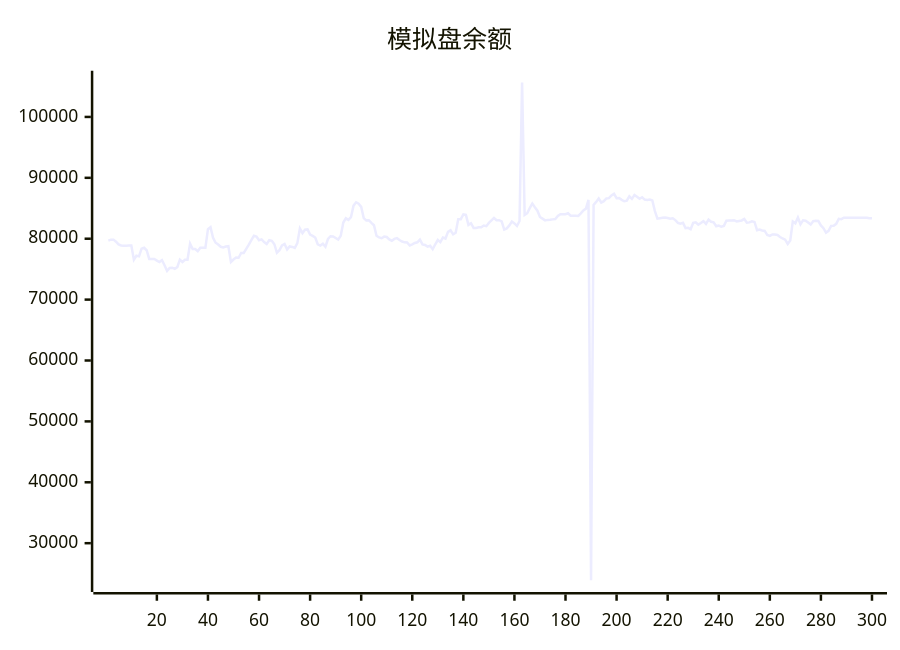
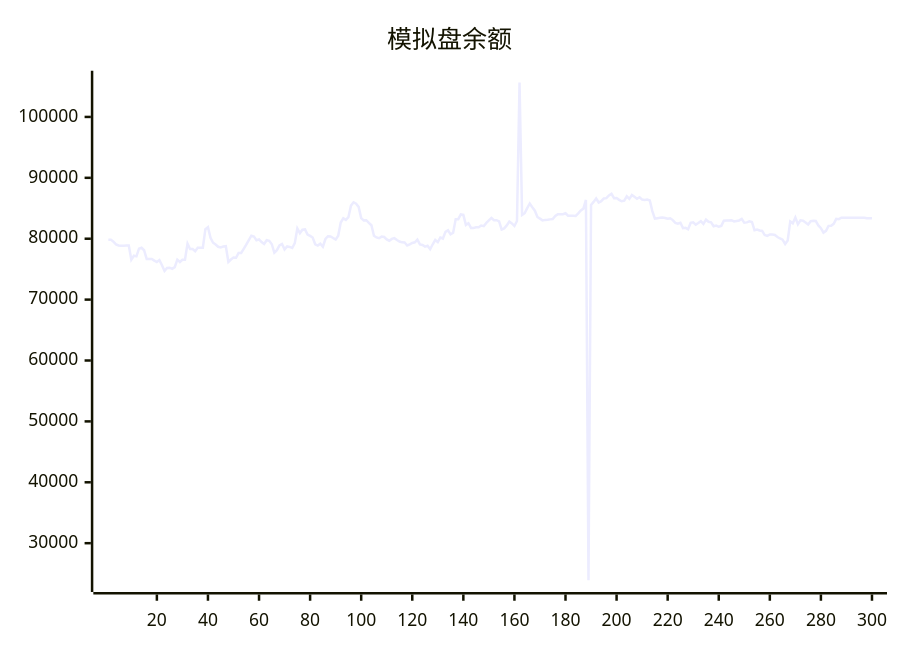
One commit to aahl/ai-trading changed the diagram in README.md. Above: the diagram before and after it, drawn with Mermaid. The commit also changed other lines of this file and 1 other file, not shown here.

````diff
--- a/README.md
+++ b/README.md
@@ -5,5 +5,5 @@
 ```mermaid
 xychart
     title "模拟盘余额"
-    line [79692,79850,79850,79518,79071,78889,78850,78850,78878,78878,76554,77202,77103,78357,78510,78106,76678,76677,76672,76411,76159,76485,75656,74695,75197,75246,75052,75334,76564,76179,76553,76551,79196,78300,78300,77944,78531,78531,78521,81564,81884,80160,79335,79055,78675,78580,78708,78764,76179,76586,76902,76876,77658,77669,78346,79023,79769,80497,80366,79761,79896,79448,79126,79749,79658,79097,77695,78114,78888,79126,78249,78738,78653,78478,79271,81680,80923,81488,81527,80681,80455,80190,79084,78879,79193,78686,79954,80403,80374,80118,79848,80491,82665,83351,83098,83525,85430,85983,85737,85221,83378,83014,83043,82613,82216,80477,80208,80081,80348,80277,79894,79670,79965,80093,79786,79542,79406,79371,78893,79087,79304,79406,79841,79072,78978,78696,78846,78272,79085,79787,79442,80198,80031,81120,81379,80718,80985,83214,83212,83993,83921,82270,82547,81776,81776,81866,81866,82158,82061,82596,83000,83408,83041,83050,82858,81503,81691,82188,82812,82517,82092,82901,105633,83898,84180,85030,85781,85178,84604,83569,83298,83008,83093,83107,83175,83228,83729,84025,84017,84019,84177,83775,83762,83785,83738,84160,84639,84939,86370,23934,85548,86046,86599,85942,86161,86622,86664,87115,87369,86666,86685,86384,86152,86243,86969,86548,87164,86885,86566,86809,86427,86348,86417,86273,84538,83299,83369,83430,83490,83404,83270,83362,83056,82605,82459,82614,81734,81788,81551,82598,82702,82320,82580,82878,82426,83139,82778,82686,82056,82166,81963,82110,82951,82983,82984,83038,82838,82915,82998,83235,82642,82682,82858,82746,81396,81512,81362,81277,80600,80461,80699,80673,80616,80288,80038,79836,79142,79722,82837,82533,83480,82366,83032,82960,82654,82330,82883,82934,82901,82188,81728,81005,81298,82110,82135,82449,83264,83203,83440,83439,83440,83440,83446,83447,83448,83447,83448,83449,83369,83369]
+    line [79850,79850,79518,79071,78889,78850,78850,78878,78878,76554,77202,77103,78357,78510,78106,76678,76677,76672,76411,76159,76485,75656,74695,75197,75246,75052,75334,76564,76179,76553,76551,79196,78300,78300,77944,78531,78531,78521,81564,81884,80160,79335,79055,78675,78580,78708,78764,76179,76586,76902,76876,77658,77669,78346,79023,79769,80497,80366,79761,79896,79448,79126,79749,79658,79097,77695,78114,78888,79126,78249,78738,78653,78478,79271,81680,80923,81488,81527,80681,80455,80190,79084,78879,79193,78686,79954,80403,80374,80118,79848,80491,82665,83351,83098,83525,85430,85983,85737,85221,83378,83014,83043,82613,82216,80477,80208,80081,80348,80277,79894,79670,79965,80093,79786,79542,79406,79371,78893,79087,79304,79406,79841,79072,78978,78696,78846,78272,79085,79787,79442,80198,80031,81120,81379,80718,80985,83214,83212,83993,83921,82270,82547,81776,81776,81866,81866,82158,82061,82596,83000,83408,83041,83050,82858,81503,81691,82188,82812,82517,82092,82901,105633,83898,84180,85030,85781,85178,84604,83569,83298,83008,83093,83107,83175,83228,83729,84025,84017,84019,84177,83775,83762,83785,83738,84160,84639,84939,86370,23934,85548,86046,86599,85942,86161,86622,86664,87115,87369,86666,86685,86384,86152,86243,86969,86548,87164,86885,86566,86809,86427,86348,86417,86273,84538,83299,83369,83430,83490,83404,83270,83362,83056,82605,82459,82614,81734,81788,81551,82598,82702,82320,82580,82878,82426,83139,82778,82686,82056,82166,81963,82110,82951,82983,82984,83038,82838,82915,82998,83235,82642,82682,82858,82746,81396,81512,81362,81277,80600,80461,80699,80673,80616,80288,80038,79836,79142,79722,82837,82533,83480,82366,83032,82960,82654,82330,82883,82934,82901,82188,81728,81005,81298,82110,82135,82449,83264,83203,83440,83439,83440,83440,83446,83447,83448,83447,83448,83449,83369,83369,83369]
 ```
````
